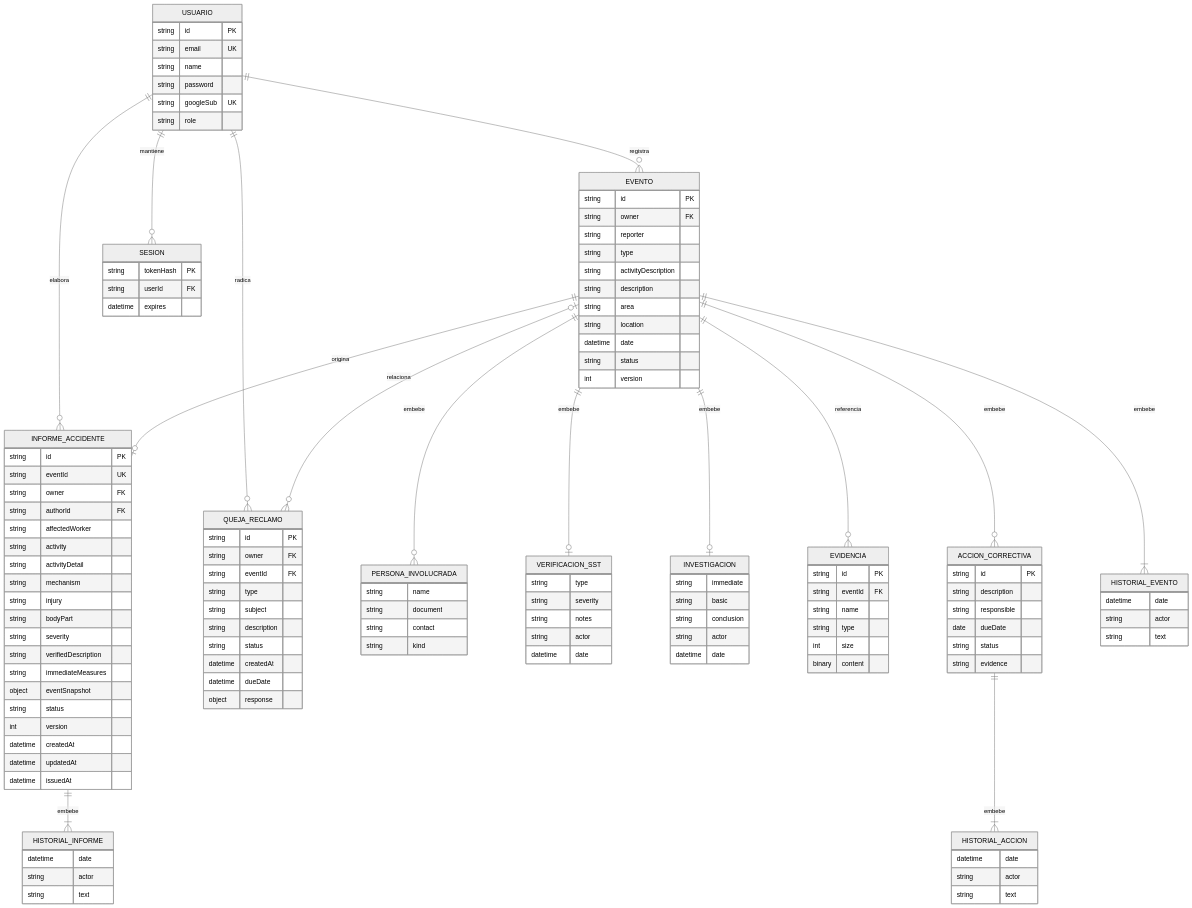
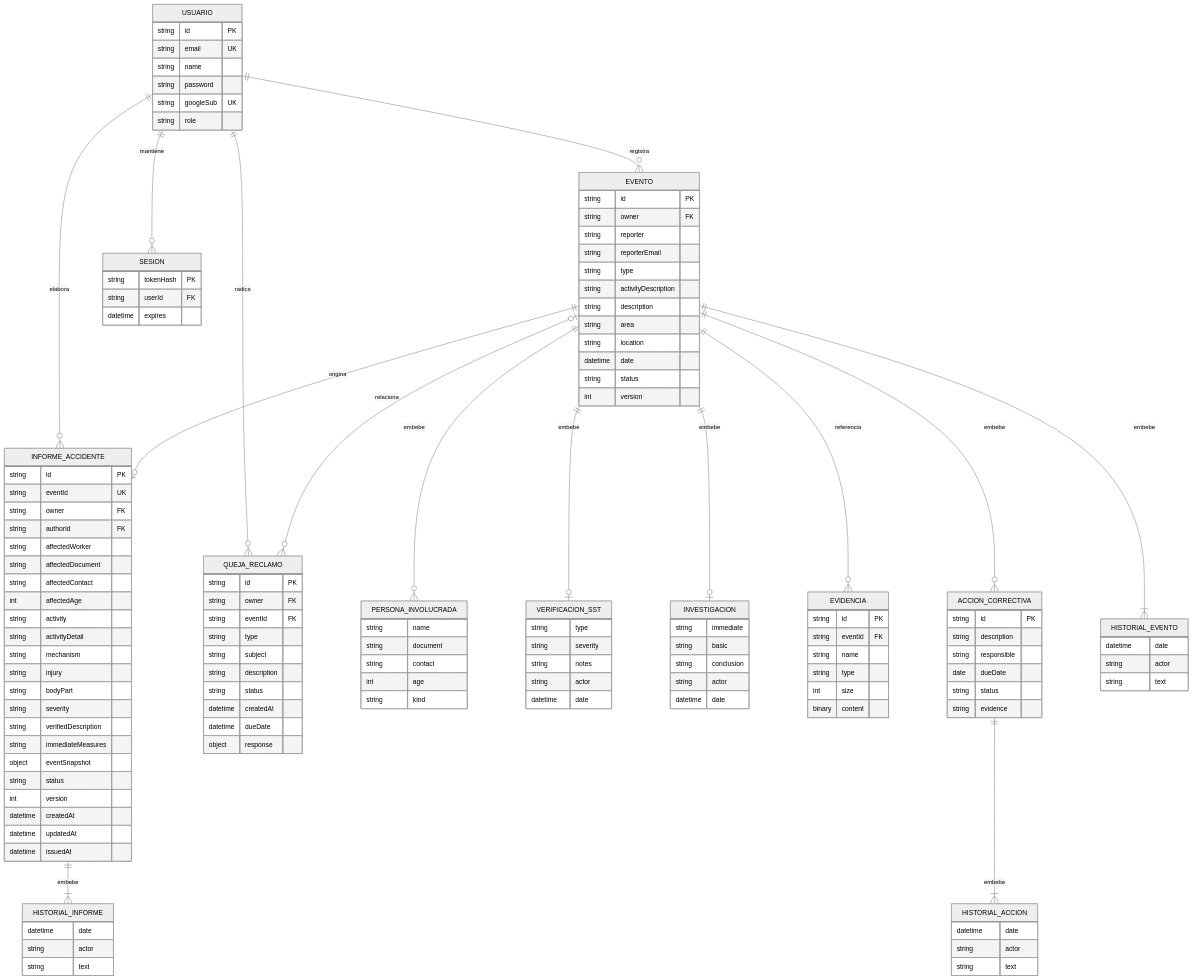
The diagram in docs/Diagrama-ER.md (HEFRA-ws/ProyectoIngSoftware), drawn with Mermaid (neutral theme) before and after one commit. The commit also changed 10 other files, not shown here.

```diff
--- a/docs/Diagrama-ER.md
+++ b/docs/Diagrama-ER.md
@@ -30,6 +30,7 @@
     string id PK
     string owner FK
     string reporter
+    string reporterEmail
     string type
     string activityDescription
     string description
@@ -56,6 +57,7 @@
     string name
     string document
     string contact
+    int age
     string kind
   }
   VERIFICACION_SST {
@@ -86,6 +88,9 @@
     string owner FK
     string authorId FK
     string affectedWorker
+    string affectedDocument
+    string affectedContact
+    int affectedAge
     string activity
     string activityDetail
     string mechanism
```
